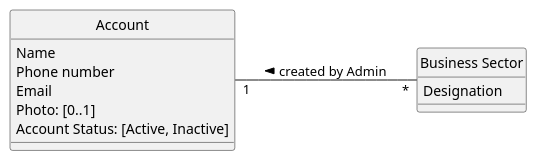
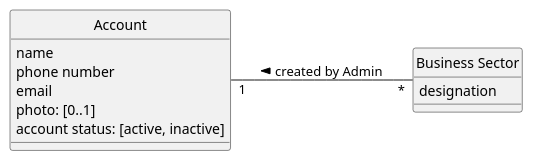
One commit to ivo-menezes/project_g3 changed the diagram in docs/modelling_design/user_stories/us008/US008_AddBusinessSectorDMD.puml. Above: the diagram before and after it, drawn with PlantUML. The commit also changed 2 other files, not shown here.

```diff
--- a/docs/modelling_design/user_stories/us008/US008_AddBusinessSectorDMD.puml
+++ b/docs/modelling_design/user_stories/us008/US008_AddBusinessSectorDMD.puml
@@ -1,20 +1,20 @@
 @startuml
 skinparam style strictuml
 left to right direction
 skinparam groupInheritance 3
 
  class "Account" {
-   Name
-   Phone number
-   Email
-   Photo: [0..1]
+   name
+   phone number
+   email
+   photo: [0..1]
    'the [0..1] in Photo indicates an optional value, see Craig 2004, p.121
-   Account Status: [Active, Inactive]
+   account status: [active, inactive]
  }
 
  class "Business Sector" as BS {
- Designation
+ designation
  }
 
 "Account" "1" -- "*" BS: created by Admin <
 @enduml
```
